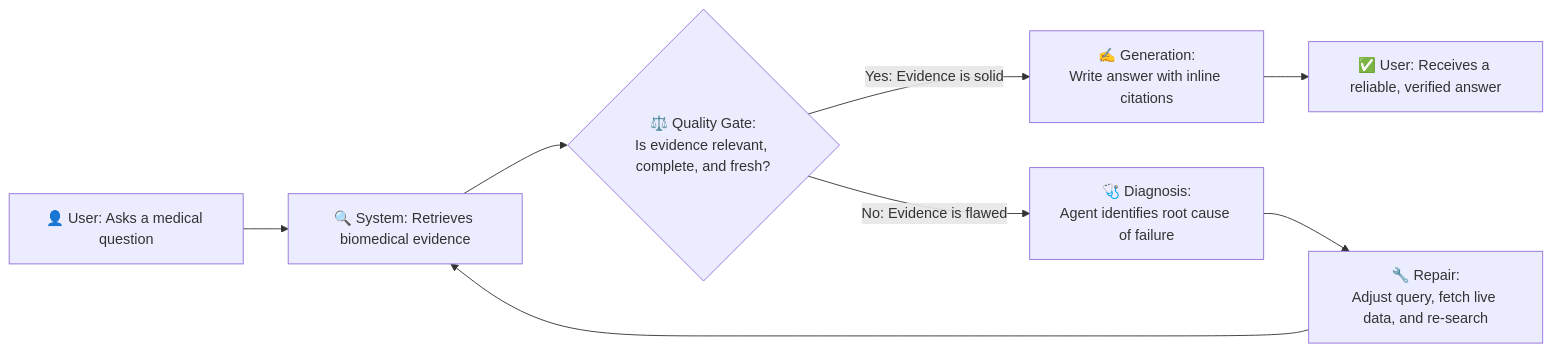
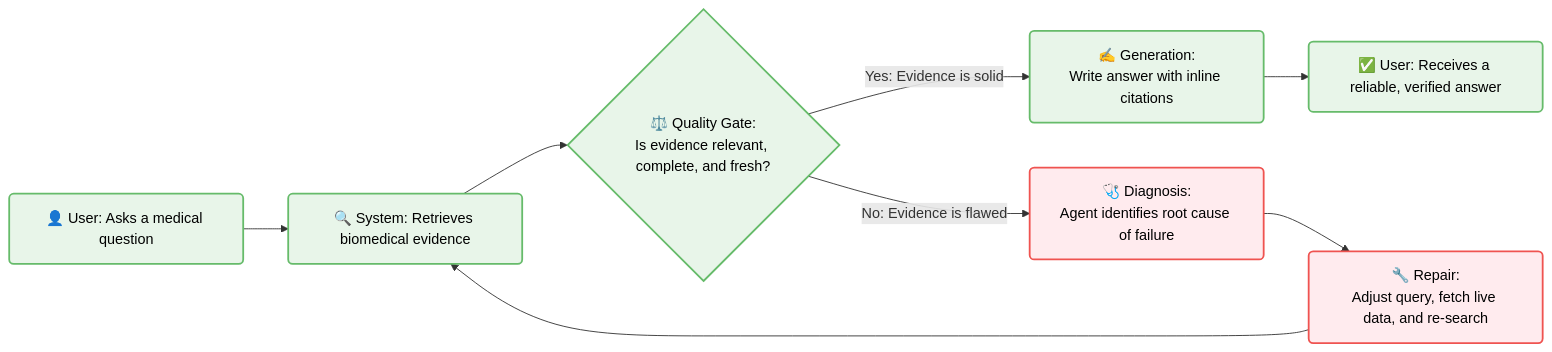
Before and after one commit to pavan939111/SelfLearning_Rag: the second of 4 diagrams in README.md, drawn with Mermaid. The commit also changed other lines of this file, not shown here.

Commit message:
docs: redesign architecture diagrams with professional color grading and optimize README layout

````diff
--- a/README.md
+++ b/README.md
@@ -98,10 +85,13 @@
 ```mermaid
 graph LR
-    A["👤 User: Asks a medical question"] --> B["🔍 System: Retrieves biomedical evidence"]
-    B --> C{"⚖️ Quality Gate:\nIs evidence relevant, complete, and fresh?"}
-    C -->|Yes: Evidence is solid| D["✍️ Generation:\nWrite answer with inline citations"]
-    C -->|No: Evidence is flawed| E["🩺 Diagnosis:\nAgent identifies root cause of failure"]
-    E --> F["🔧 Repair:\nAdjust query, fetch live data, and re-search"]
+    classDef core fill:#e8f5e9,stroke:#66bb6a,stroke-width:2px,color:#000,rx:5px
+    classDef fail fill:#ffebee,stroke:#ef5350,stroke-width:2px,color:#000,rx:5px
+
+    A["👤 User: Asks a medical question"]:::core --> B["🔍 System: Retrieves biomedical evidence"]:::core
+    B --> C{"⚖️ Quality Gate:\nIs evidence relevant, complete, and fresh?"}:::core
+    C -->|Yes: Evidence is solid| D["✍️ Generation:\nWrite answer with inline citations"]:::core
+    C -->|No: Evidence is flawed| E["🩺 Diagnosis:\nAgent identifies root cause of failure"]:::fail
+    E --> F["🔧 Repair:\nAdjust query, fetch live data, and re-search"]:::fail
     F --> B
-    D --> G["✅ User: Receives a reliable, verified answer"]
+    D --> G["✅ User: Receives a reliable, verified answer"]:::core
 ```
````
